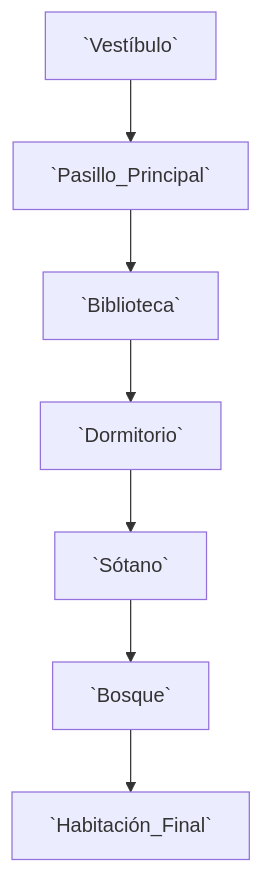
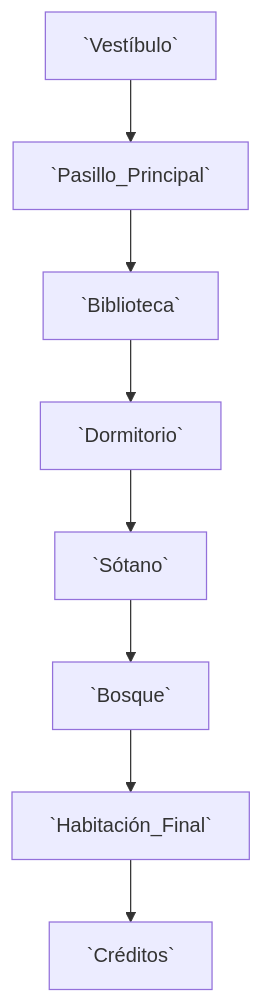
One commit to LAS1819/gameoff2026-gamejam changed the diagram in Docs/01-Game-Design/Gameplay/Puzzle-Flow.md. Above: the diagram before and after it, drawn with Mermaid. The commit also changed other lines of this file and 19 other files, not shown here.

````diff
--- a/Docs/01-Game-Design/Gameplay/Puzzle-Flow.md
+++ b/Docs/01-Game-Design/Gameplay/Puzzle-Flow.md
@@ -249,9 +248,10 @@
 ```mermaid
 graph TD
     `Vestíbulo` --> `Pasillo_Principal`
     `Pasillo_Principal` --> `Biblioteca`
     `Biblioteca` --> `Dormitorio`
     `Dormitorio` --> `Sótano`
     `Sótano` --> `Bosque`
     `Bosque` --> `Habitación_Final`
+    `Habitación_Final` --> `Créditos`
 ```
````
